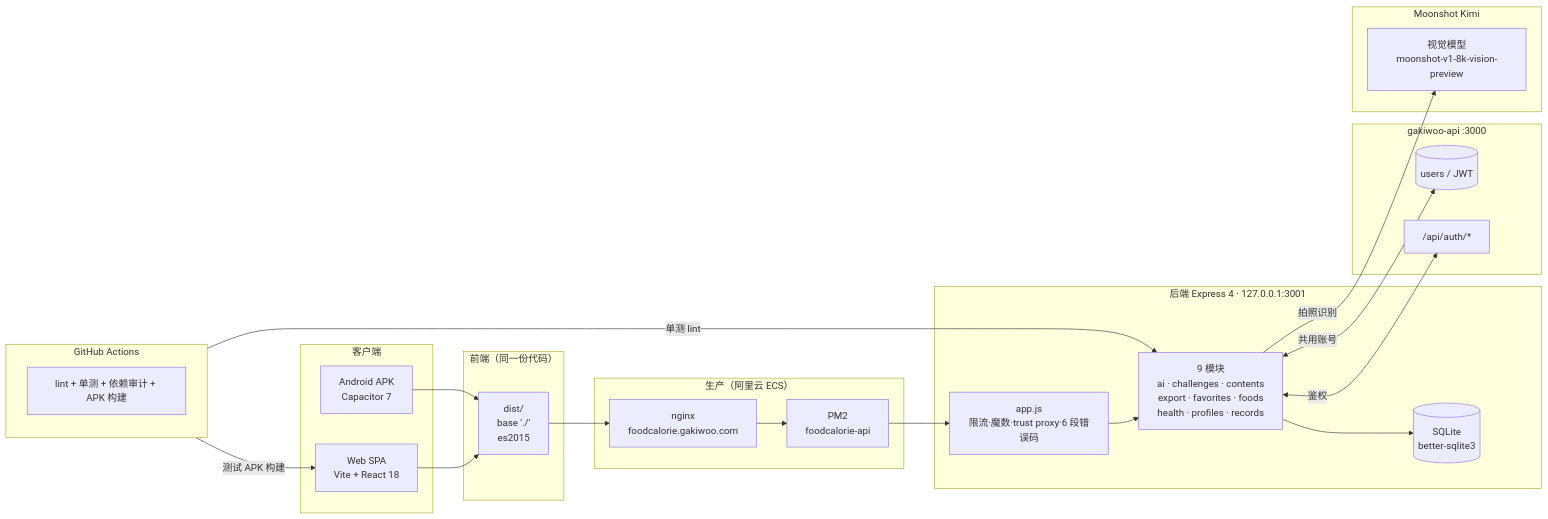
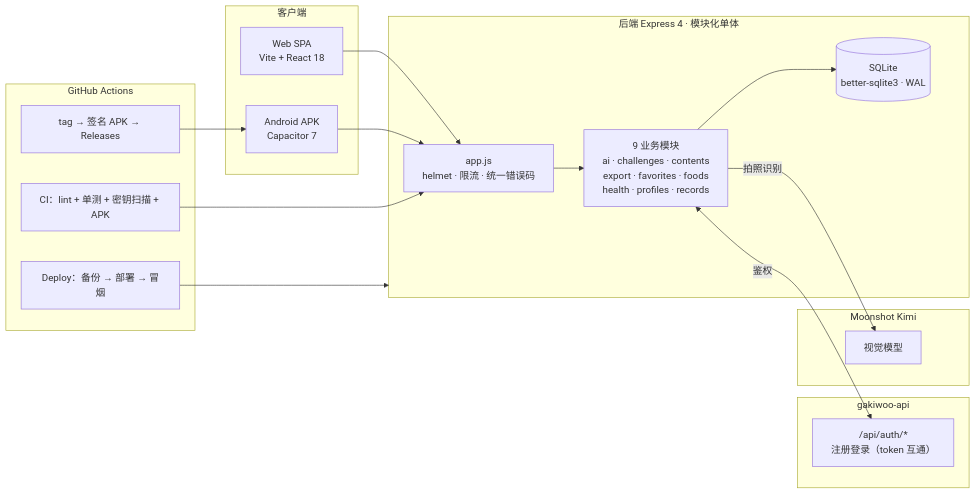
The diagram in README.md (Gakiwoo/foodcalorie), drawn with Mermaid before and after one commit. The commit also changed other lines of this file and 10 other files, not shown here.

````diff
--- a/README.md
+++ b/README.md
@@ -59,38 +43,32 @@
 ```mermaid
 flowchart LR
   subgraph Client["客户端"]
     Web["Web SPA<br/>Vite + React 18"]
     APK["Android APK<br/>Capacitor 7"]
   end
-  subgraph Frontend["前端（同一份代码）"]
-    Vite["dist/<br/>base './'<br/>es2015"]
+  subgraph Backend["后端 Express 4 · 模块化单体"]
+    App["app.js<br/>helmet · 限流 · 统一错误码"]
+    Mods["9 业务模块<br/>ai · challenges · contents<br/>export · favorites · foods<br/>health · profiles · records"]
+    DB[("SQLite<br/>better-sqlite3 · WAL")]
   end
-  subgraph Backend["后端 Express 4 · 127.0.0.1:3001"]
-    App["app.js<br/>限流·魔数·trust proxy·6 段错误码"]
-    Mods["9 模块<br/>ai · challenges · contents<br/>export · favorites · foods<br/>health · profiles · records"]
-    DB[("SQLite<br/>better-sqlite3")]
-  end
-  subgraph Auth["gakiwoo-api :3000"]
-    Users[("users / JWT")]
-    AuthAPI["/api/auth/*"]
+  subgraph Auth["gakiwoo-api"]
+    AuthAPI["/api/auth/*<br/>注册登录（token 互通）"]
   end
   subgraph AI["Moonshot Kimi"]
-    Kimi["视觉模型<br/>moonshot-v1-8k-vision-preview"]
+    Kimi["视觉模型"]
   end
-  subgraph Deploy["生产（阿里云 ECS）"]
-    Nginx["nginx<br/>foodcalorie.gakiwoo.com"]
-    PM2["PM2<br/>foodcalorie-api"]
-  end
-  subgraph CI["GitHub Actions"]
-    Tests["lint + 单测 + 依赖审计 + APK 构建"]
+  subgraph CICD["GitHub Actions"]
+    CI["CI：lint + 单测 + 密钥扫描 + APK"]
+    Rel["tag → 签名 APK → Releases"]
+    Dep["Deploy：备份 → 部署 → 冒烟"]
   end
 
-  Web --> Vite --> Nginx --> PM2 --> App
-  APK --> Vite
+  Web --> App
+  APK --> App
   App --> Mods --> DB
   Mods <-->|鉴权| AuthAPI
-  Mods <-->|共用账号| Users
   Mods -->|拍照识别| Kimi
-  CI -->|测试 APK 构建| Web
-  CI -->|单测 lint| Mods
+  CI --> App
+  Rel --> APK
+  Dep --> Backend
 ```
````
